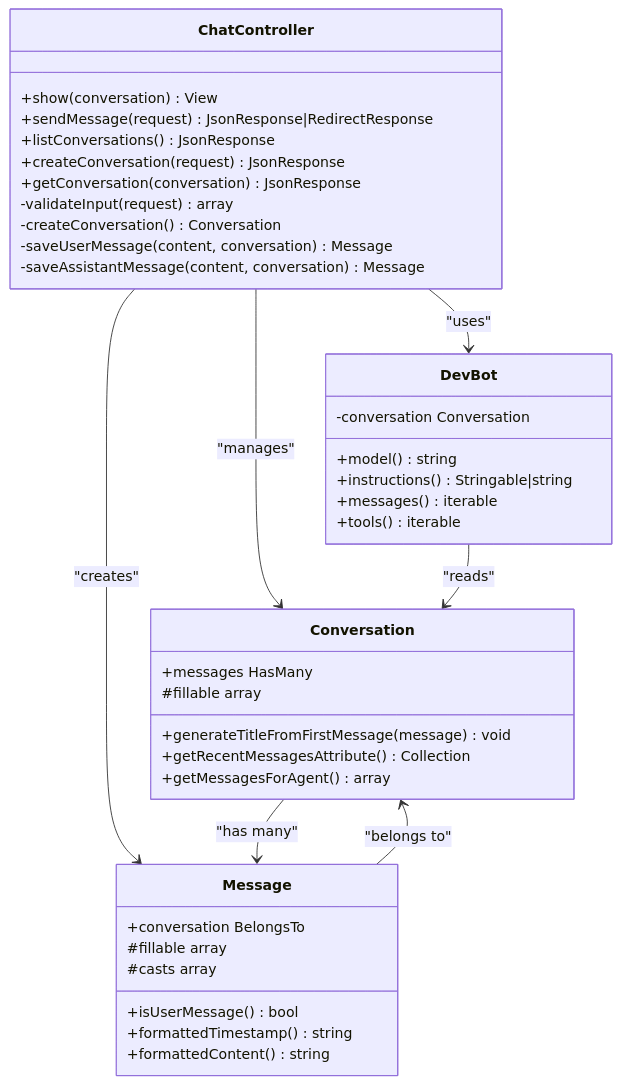
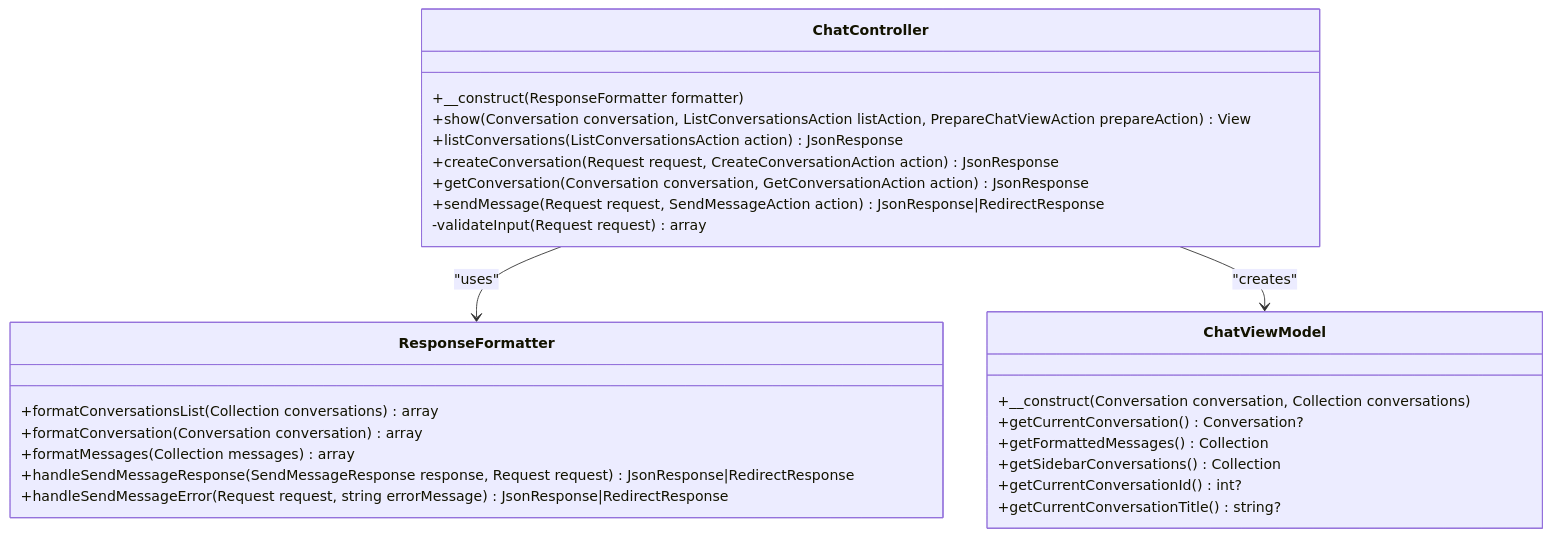
The second of 8 diagrams in .qoder/repowiki/en/content/Frontend Development/Chat Interface System.md (siimliimand/laravel-assistant), drawn with Mermaid before and after one commit. The commit also changed other lines of this file and 5 other files, not shown here.

````diff
--- a/.qoder/repowiki/en/content/Frontend Development/Chat Interface System.md
+++ b/.qoder/repowiki/en/content/Frontend Development/Chat Interface System.md
@@ -129,42 +133,29 @@
 ```mermaid
 classDiagram
 class ChatController {
-+show(conversation) View
-+sendMessage(request) JsonResponse|RedirectResponse
-+listConversations() JsonResponse
-+createConversation(request) JsonResponse
-+getConversation(conversation) JsonResponse
--validateInput(request) array
--createConversation() Conversation
--saveUserMessage(content, conversation) Message
--saveAssistantMessage(content, conversation) Message
++__construct(ResponseFormatter formatter)
++show(Conversation conversation, ListConversationsAction listAction, PrepareChatViewAction prepareAction) View
++listConversations(ListConversationsAction action) JsonResponse
++createConversation(Request request, CreateConversationAction action) JsonResponse
++getConversation(Conversation conversation, GetConversationAction action) JsonResponse
++sendMessage(Request request, SendMessageAction action) JsonResponse|RedirectResponse
+-validateInput(Request request) array
 }
-class DevBot {
-+model() string
-+instructions() Stringable|string
-+messages() iterable
-+tools() iterable
--conversation Conversation
+class ResponseFormatter {
++formatConversationsList(Collection conversations) array
++formatConversation(Conversation conversation) array
++formatMessages(Collection messages) array
++handleSendMessageResponse(SendMessageResponse response, Request request) JsonResponse|RedirectResponse
++handleSendMessageError(Request request, string errorMessage) JsonResponse|RedirectResponse
 }
-class Conversation {
-+messages HasMany
-+generateTitleFromFirstMessage(message) void
-+getRecentMessagesAttribute() Collection
-+getMessagesForAgent() array
-#fillable array
+class ChatViewModel {
++__construct(Conversation conversation, Collection conversations)
++getCurrentConversation() Conversation?
++getFormattedMessages() Collection
++getSidebarConversations() Collection
++getCurrentConversationId() int?
++getCurrentConversationTitle() string?
 }
-class Message {
-+conversation BelongsTo
-+isUserMessage() bool
-+formattedTimestamp() string
-+formattedContent() string
-#fillable array
-#casts array
-}
-ChatController --> DevBot : "uses"
-ChatController --> Conversation : "manages"
-ChatController --> Message : "creates"
-DevBot --> Conversation : "reads"
-Conversation --> Message : "has many"
-Message --> Conversation : "belongs to"
+ChatController --> ResponseFormatter : "uses"
+ChatController --> ChatViewModel : "creates"
 ```
````
